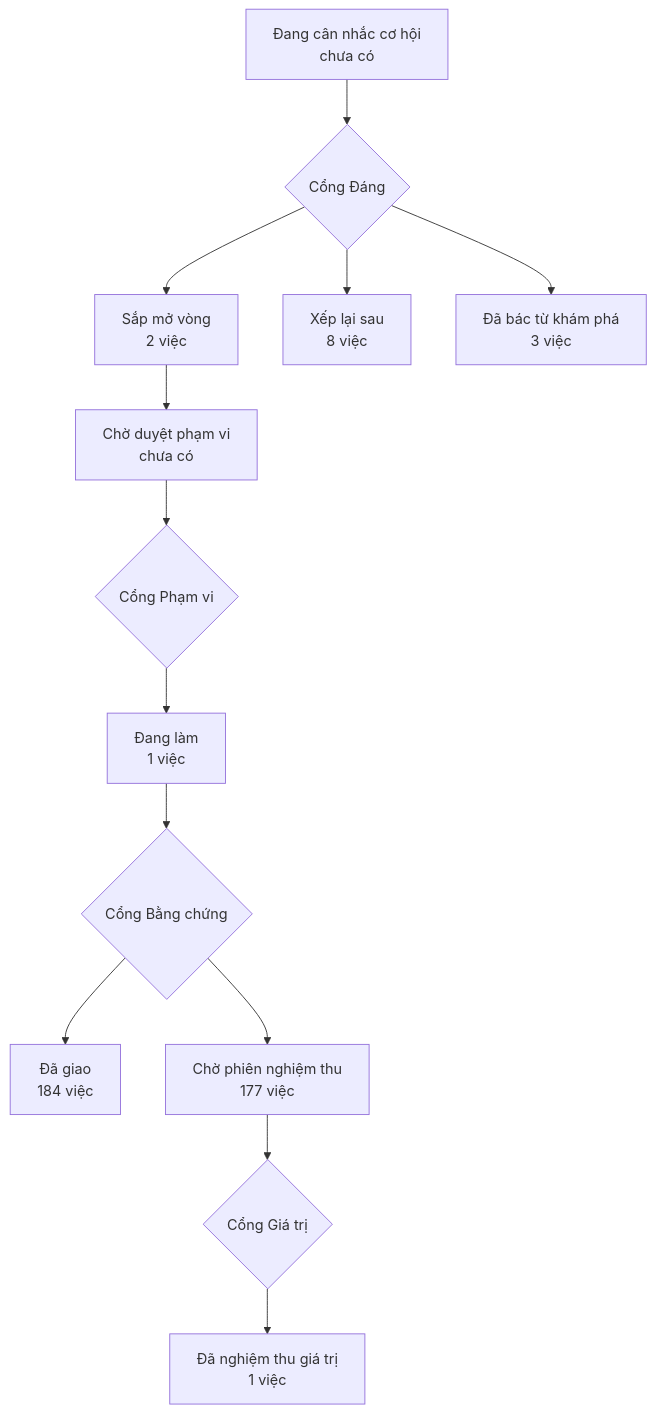
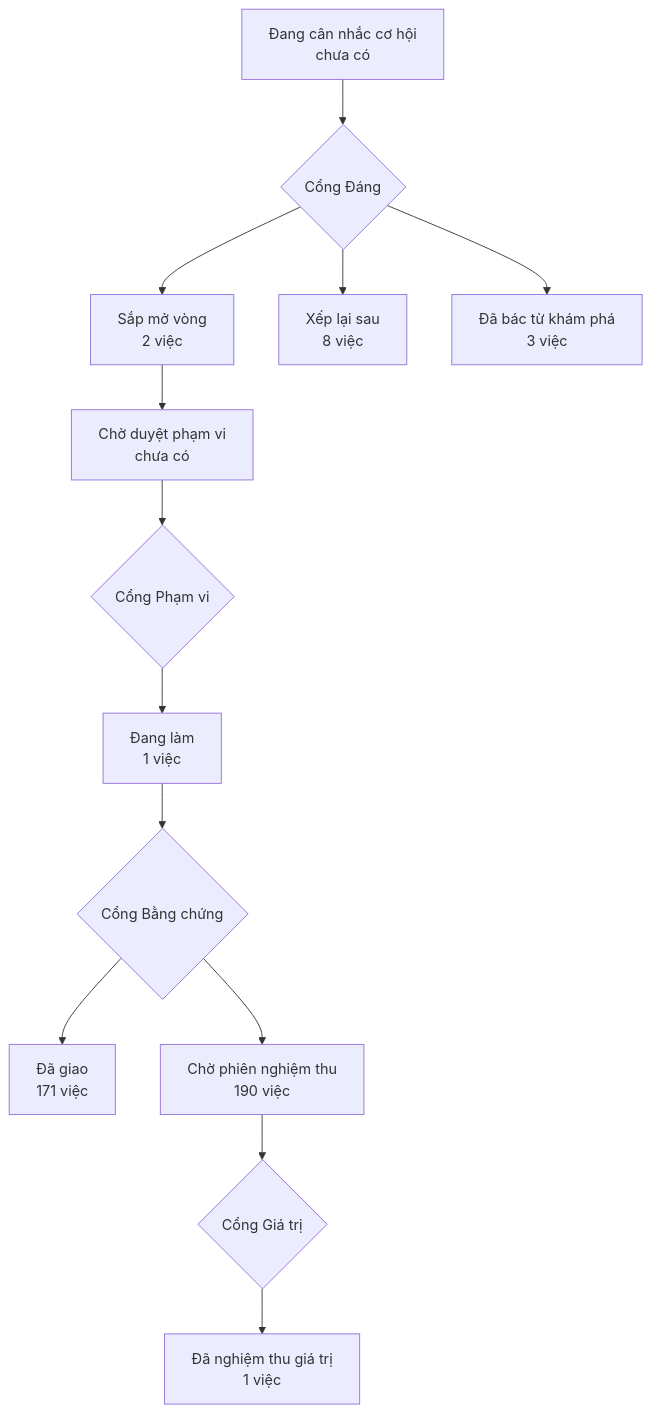
Before and after one commit to phanlemanh/crm-onehub: the diagram in PRODUCT-MAP.md, drawn with Mermaid. The commit also changed other lines of this file and 1 other file, not shown here.

````diff
--- a/PRODUCT-MAP.md
+++ b/PRODUCT-MAP.md
@@ -7,12 +7,12 @@
 ```mermaid
 flowchart TD
   A["Đang cân nhắc cơ hội<br/>chưa có"] --> GD{"Cổng Đáng"}
   GD --> B["Sắp mở vòng<br/>2 việc"]
   GD --> XL["Xếp lại sau<br/>8 việc"]
   GD --> DB["Đã bác từ khám phá<br/>3 việc"]
   B --> CD["Chờ duyệt phạm vi<br/>chưa có"] --> GP{"Cổng Phạm vi"}
   GP --> DL["Đang làm<br/>1 việc"] --> GB{"Cổng Bằng chứng"}
-  GB --> DG["Đã giao<br/>184 việc"]
-  GB --> CN["Chờ phiên nghiệm thu<br/>177 việc"] --> GG{"Cổng Giá trị"}
+  GB --> DG["Đã giao<br/>171 việc"]
+  GB --> CN["Chờ phiên nghiệm thu<br/>190 việc"] --> GG{"Cổng Giá trị"}
   GG --> NT["Đã nghiệm thu giá trị<br/>1 việc"]
 ```
````
